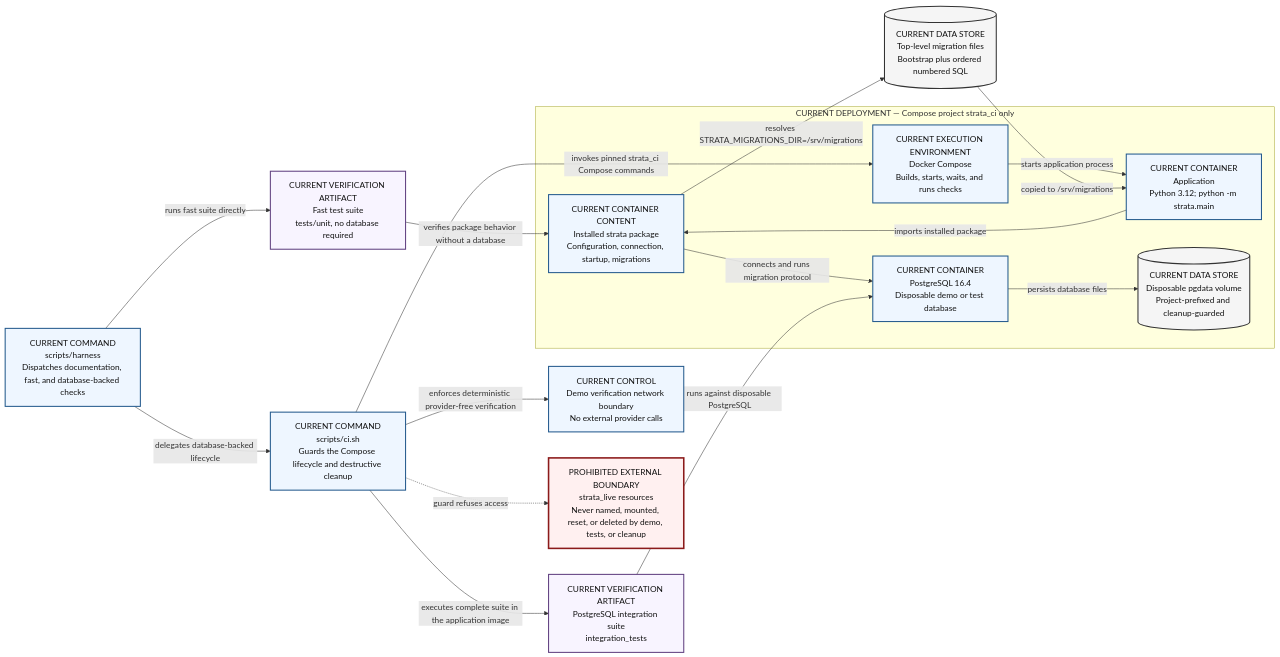
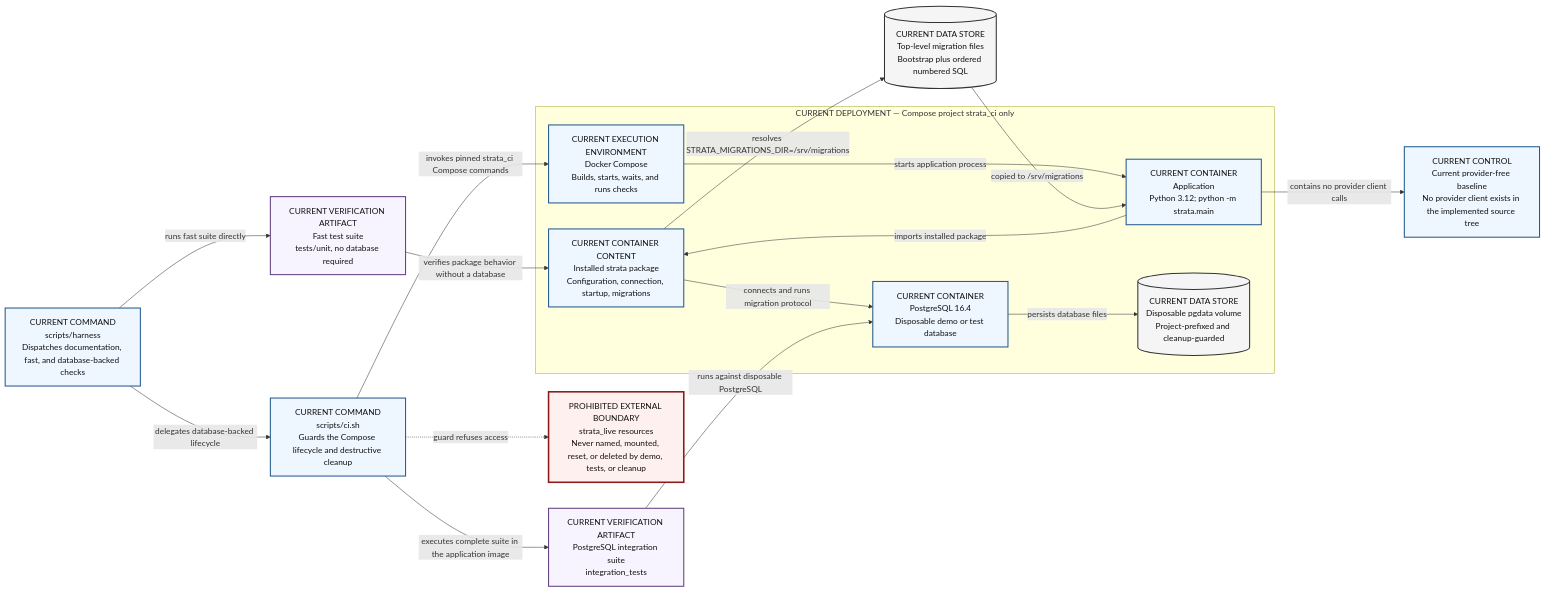
One commit to andrewmpalka/strata changed the diagram in docs/architecture/diagrams/current-container-and-deployment.md. Above: the diagram before and after it, drawn with Mermaid. The commit also changed other lines of this file and 6 other files, not shown here.

Commit message:
docs: correct architecture diagram semantics

````diff
--- a/docs/architecture/diagrams/current-container-and-deployment.md
+++ b/docs/architecture/diagrams/current-container-and-deployment.md
@@ -16,44 +16,44 @@
 ```mermaid
 flowchart LR
     harness["CURRENT COMMAND<br/>scripts/harness<br/>Dispatches documentation, fast, and database-backed checks"]
     ci["CURRENT COMMAND<br/>scripts/ci.sh<br/>Guards the Compose lifecycle and destructive cleanup"]
     migrations[("CURRENT DATA STORE<br/>Top-level migration files<br/>Bootstrap plus ordered numbered SQL")]
     fast["CURRENT VERIFICATION ARTIFACT<br/>Fast test suite<br/>tests/unit, no database required"]
     integration["CURRENT VERIFICATION ARTIFACT<br/>PostgreSQL integration suite<br/>integration_tests"]
-    network["CURRENT CONTROL<br/>Demo verification network boundary<br/>No external provider calls"]
+    provider_free["CURRENT CONTROL<br/>Current provider-free baseline<br/>No provider client exists in the implemented source tree"]
 
     subgraph ci_boundary["CURRENT DEPLOYMENT — Compose project strata_ci only"]
         compose["CURRENT EXECUTION ENVIRONMENT<br/>Docker Compose<br/>Builds, starts, waits, and runs checks"]
         app["CURRENT CONTAINER<br/>Application<br/>Python 3.12; python -m strata.main"]
         package["CURRENT CONTAINER CONTENT<br/>Installed strata package<br/>Configuration, connection, startup, migrations"]
         postgres["CURRENT CONTAINER<br/>PostgreSQL 16.4<br/>Disposable demo or test database"]
         volume[("CURRENT DATA STORE<br/>Disposable pgdata volume<br/>Project-prefixed and cleanup-guarded")]
 
         compose -->|"starts application process"| app
         app -->|"imports installed package"| package
         package -->|"connects and runs migration protocol"| postgres
         postgres -->|"persists database files"| volume
     end
 
     harness -->|"runs fast suite directly"| fast
     harness -->|"delegates database-backed lifecycle"| ci
     ci -->|"invokes pinned strata_ci Compose commands"| compose
-    ci -->|"enforces deterministic provider-free verification"| network
+    app -->|"contains no provider client calls"| provider_free
     migrations -->|"copied to /srv/migrations"| app
     package -->|"resolves STRATA_MIGRATIONS_DIR=/srv/migrations"| migrations
     fast -->|"verifies package behavior without a database"| package
     integration -->|"runs against disposable PostgreSQL"| postgres
     ci -->|"executes complete suite in the application image"| integration
 
     excluded["PROHIBITED EXTERNAL BOUNDARY<br/>strata_live resources<br/>Never named, mounted, reset, or deleted by demo, tests, or cleanup"]
     ci -.->|"guard refuses access"| excluded
 
     classDef current fill:#eef6ff,stroke:#245a8d,stroke-width:2px,color:#111;
     classDef store fill:#f5f5f5,stroke:#333,stroke-width:2px,color:#111;
     classDef verify fill:#f8f4ff,stroke:#604080,stroke-width:2px,color:#111;
     classDef prohibited fill:#fff0f0,stroke:#8b1a1a,stroke-width:3px,color:#111;
-    class harness,ci,compose,app,package,postgres,network current;
+    class harness,ci,compose,app,package,postgres,provider_free current;
     class migrations,volume store;
     class fast,integration verify;
     class excluded prohibited;
 ```
````
